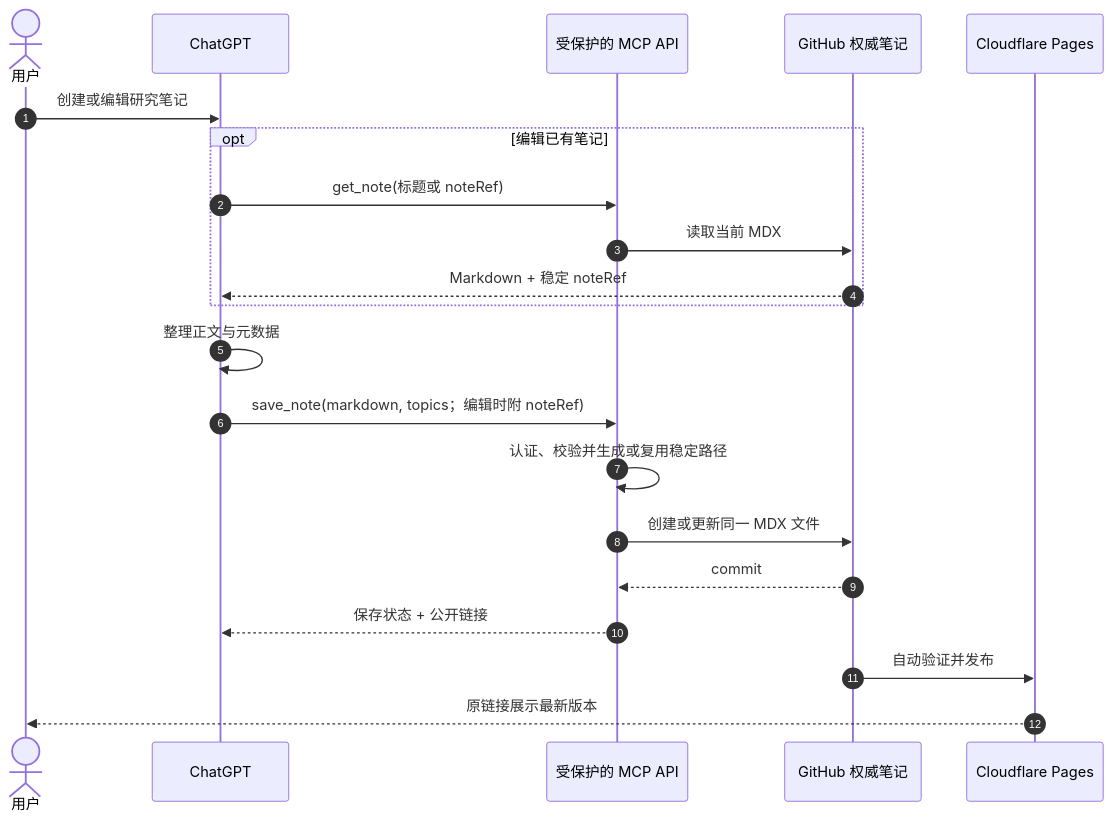
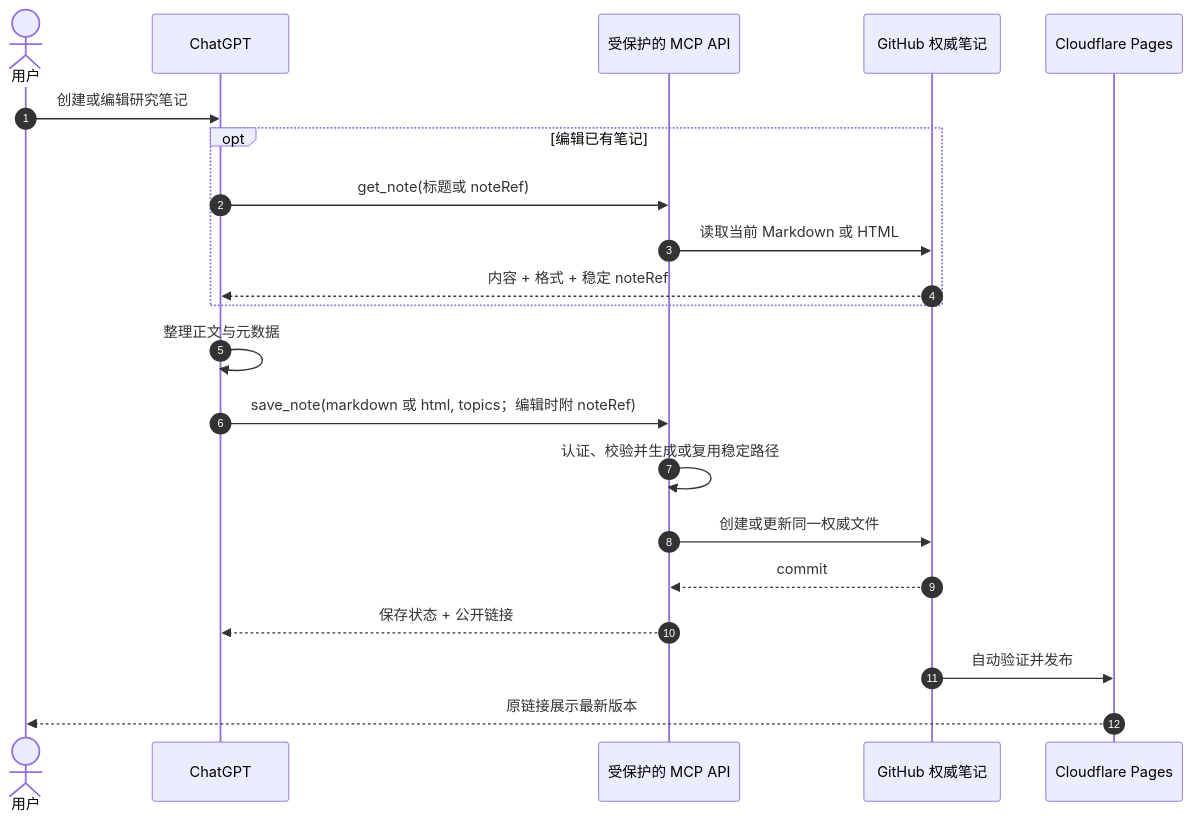
Before and after one commit to Nunchakus888/dossierkit: the second of 2 diagrams in profiles/default/content/zh/notes/chatgpt-notes-publishing-workflow.mdx, drawn with Mermaid. The commit also changed other lines of this file and 14 other files, not shown here.

````diff
--- a/profiles/default/content/zh/notes/chatgpt-notes-publishing-workflow.mdx
+++ b/profiles/default/content/zh/notes/chatgpt-notes-publishing-workflow.mdx
@@ -107,24 +111,24 @@
 ```mermaid
 sequenceDiagram
   autonumber
   actor User as 用户
   participant GPT as ChatGPT
   participant MCP as 受保护的 MCP API
   participant GH as GitHub 权威笔记
   participant Site as Cloudflare Pages
 
   User->>GPT: 创建或编辑研究笔记
   opt 编辑已有笔记
     GPT->>MCP: get_note(标题或 noteRef)
-    MCP->>GH: 读取当前 MDX
-    GH-->>GPT: Markdown + 稳定 noteRef
+    MCP->>GH: 读取当前 Markdown 或 HTML
+    GH-->>GPT: 内容 + 格式 + 稳定 noteRef
   end
   GPT->>GPT: 整理正文与元数据
-  GPT->>MCP: save_note(markdown, topics；编辑时附 noteRef)
+  GPT->>MCP: save_note(markdown 或 html, topics；编辑时附 noteRef)
   MCP->>MCP: 认证、校验并生成或复用稳定路径
-  MCP->>GH: 创建或更新同一 MDX 文件
+  MCP->>GH: 创建或更新同一权威文件
   GH-->>MCP: commit
   MCP-->>GPT: 保存状态 + 公开链接
   GH->>Site: 自动验证并发布
   Site-->>User: 原链接展示最新版本
 ```
````
